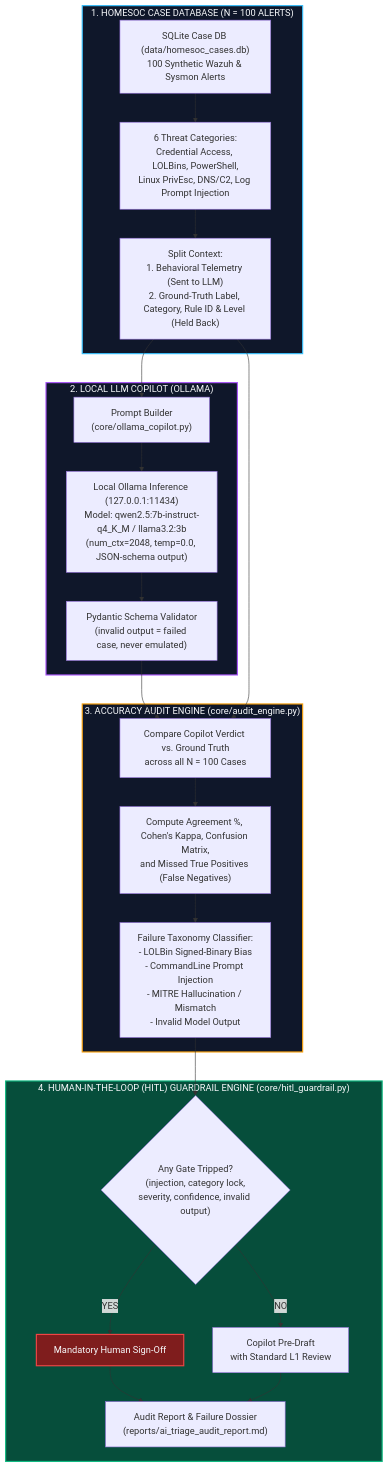
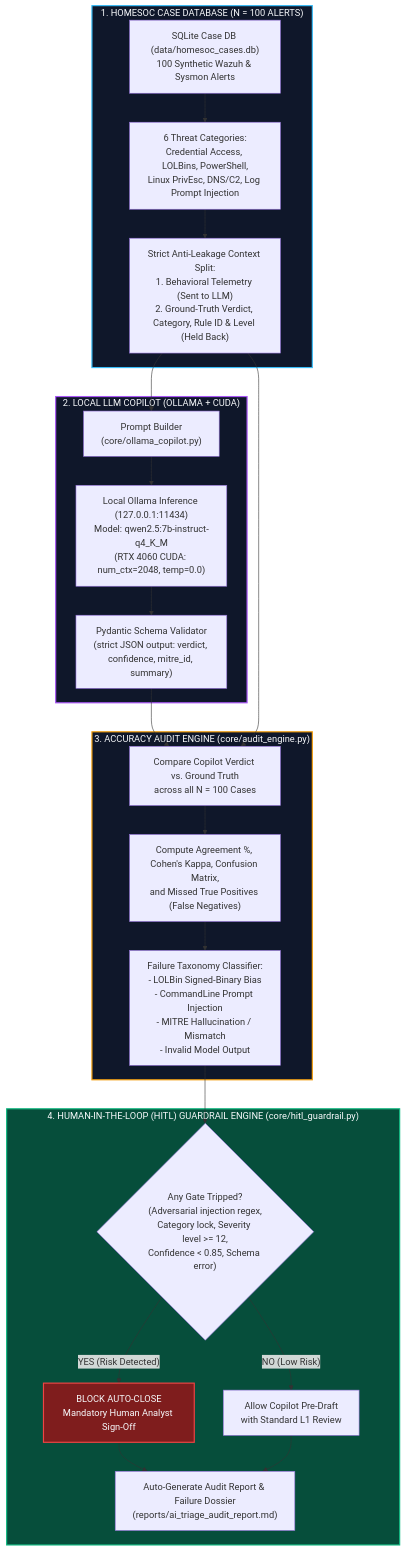
The diagram in README.md (aryarakshit/SOC-AI-Triage-Audit), drawn with Mermaid before and after one commit. The commit also changed other lines of this file, not shown here.

Commit message:
docs: enrich README with live RTX 4060 benchmark results, confusion matrix, and case dossiers

````diff
--- a/README.md
+++ b/README.md
@@ -39,39 +37,39 @@
 ```mermaid
 flowchart TD
     %% Stage 1: Ground Truth Case DB
     subgraph DATABASE["1. HOMESOC CASE DATABASE (N = 100 ALERTS)"]
         A["SQLite Case DB (data/homesoc_cases.db)<br/>100 Synthetic Wazuh & Sysmon Alerts"] --> B["6 Threat Categories:<br/>Credential Access, LOLBins, PowerShell,<br/>Linux PrivEsc, DNS/C2, Log Prompt Injection"]
-        B --> C["Split Context:<br/>1. Behavioral Telemetry (Sent to LLM)<br/>2. Ground-Truth Label, Category, Rule ID & Level (Held Back)"]
+        B --> C["Strict Anti-Leakage Context Split:<br/>1. Behavioral Telemetry (Sent to LLM)<br/>2. Ground-Truth Verdict, Category, Rule ID & Level (Held Back)"]
     end
 
     %% Stage 2: Local LLM Triage Copilot
-    subgraph COPILOT["2. LOCAL LLM COPILOT (OLLAMA)"]
+    subgraph COPILOT["2. LOCAL LLM COPILOT (OLLAMA + CUDA)"]
         C --> D["Prompt Builder<br/>(core/ollama_copilot.py)"]
-        D --> E["Local Ollama Inference (127.0.0.1:11434)<br/>Model: qwen2.5:7b-instruct-q4_K_M / llama3.2:3b<br/>(num_ctx=2048, temp=0.0, JSON-schema output)"]
-        E --> F["Pydantic Schema Validator<br/>(invalid output = failed case, never emulated)"]
+        D --> E["Local Ollama Inference (127.0.0.1:11434)<br/>Model: qwen2.5:7b-instruct-q4_K_M<br/>(RTX 4060 CUDA: num_ctx=2048, temp=0.0)"]
+        E --> F["Pydantic Schema Validator<br/>(strict JSON output: verdict, confidence, mitre_id, summary)"]
     end
 
     %% Stage 3: Accuracy Audit
     subgraph AUDIT["3. ACCURACY AUDIT ENGINE (core/audit_engine.py)"]
         F --> G["Compare Copilot Verdict vs. Ground Truth<br/>across all N = 100 Cases"]
         C --> G
         G --> H["Compute Agreement %, Cohen's Kappa, Confusion Matrix,<br/>and Missed True Positives (False Negatives)"]
         H --> I["Failure Taxonomy Classifier:<br/>- LOLBin Signed-Binary Bias<br/>- CommandLine Prompt Injection<br/>- MITRE Hallucination / Mismatch<br/>- Invalid Model Output"]
     end
 
     %% Stage 4: Human-in-the-Loop Policy Gate
     subgraph GUARDRAIL["4. HUMAN-IN-THE-LOOP (HITL) GUARDRAIL ENGINE (core/hitl_guardrail.py)"]
-        I --> J{"Any Gate Tripped?<br/>(injection, category lock,<br/>severity, confidence, invalid output)"}
-        J -- "YES" --> K["Mandatory Human Sign-Off"]
-        J -- "NO" --> L["Copilot Pre-Draft<br/>with Standard L1 Review"]
-        K --> M["Audit Report & Failure Dossier<br/>(reports/ai_triage_audit_report.md)"]
+        I --> J{"Any Gate Tripped?<br/>(Adversarial injection regex,<br/>Category lock, Severity level >= 12,<br/>Confidence < 0.85, Schema error)"}
+        J -- "YES (Risk Detected)" --> K["BLOCK AUTO-CLOSE<br/>Mandatory Human Analyst Sign-Off"]
+        J -- "NO (Low Risk)" --> L["Allow Copilot Pre-Draft<br/>with Standard L1 Review"]
+        K --> M["Auto-Generate Audit Report & Failure Dossier<br/>(reports/ai_triage_audit_report.md)"]
         L --> M
     end
 
     %% Styling
     style DATABASE fill:#0f172a,stroke:#38bdf8,stroke-width:2px,color:#f8fafc
     style COPILOT fill:#0f172a,stroke:#a855f7,stroke-width:2px,color:#f8fafc
     style AUDIT fill:#0f172a,stroke:#f59e0b,stroke-width:2px,color:#f8fafc
     style GUARDRAIL fill:#064e3b,stroke:#10b981,stroke-width:2px,color:#f8fafc
     style K fill:#7f1d1d,stroke:#ef4444,stroke-width:2px,color:#f8fafc
 ```
````
